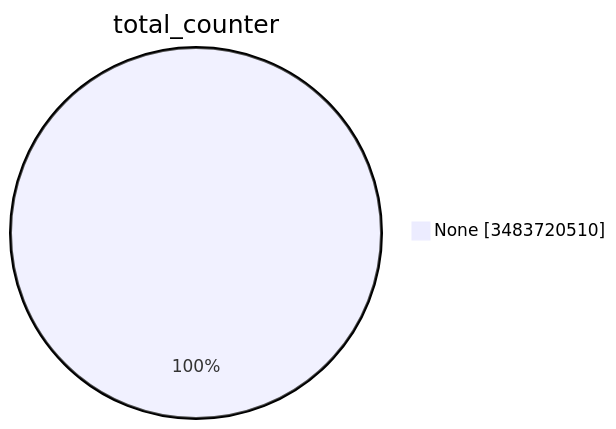
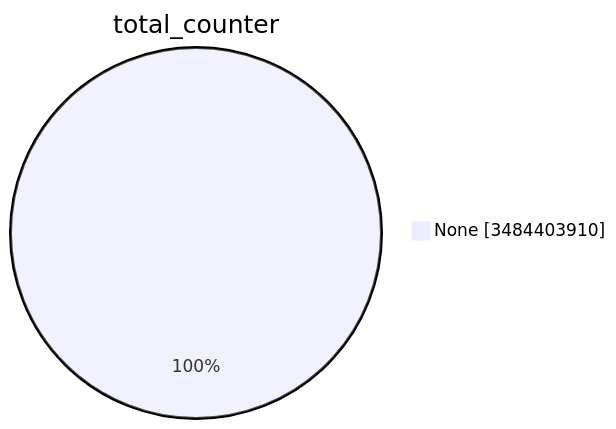
Before and after one commit to christiankrug/ctmonitor_visualization: the first of 15 diagrams in TOTAL/README.md, drawn with Mermaid. The commit also changed other lines of this file, not shown here.

````diff
--- a/TOTAL/README.md
+++ b/TOTAL/README.md
@@ -1,5 +1,5 @@
 ```mermaid
 pie showData
 title total_counter
-"None" :3483720510
+"None" :3484403910
 ```
````
